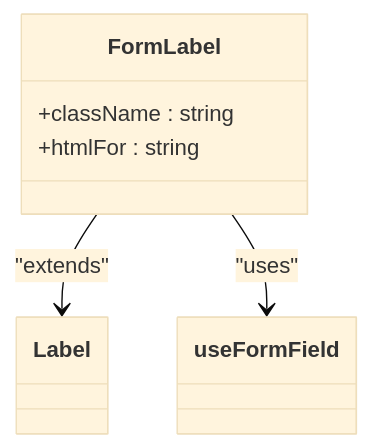
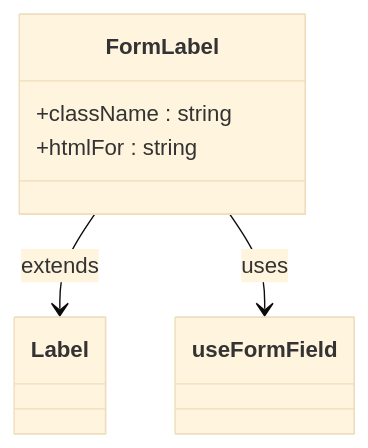
The fifth of 7 diagrams in .qoder/repowiki/en/content/Component Reference/UI Component Library/Form Component.md (mohjak/sc-dof), drawn with Mermaid (base theme) before and after one commit. The commit also changed other lines of this file and 68 other files, not shown here.

First line of the commit message:
docs(docs): update component architecture docs with markdown formatting fixes

````diff
--- a/.qoder/repowiki/en/content/Component Reference/UI Component Library/Form Component.md
+++ b/.qoder/repowiki/en/content/Component Reference/UI Component Library/Form Component.md
@@ -132,9 +130,9 @@
 ```mermaid
 classDiagram
 class FormLabel {
 +className : string
 +htmlFor : string
 }
-FormLabel --> Label : "extends"
-FormLabel --> useFormField : "uses"
+FormLabel --> Label : extends
+FormLabel --> useFormField : uses
 ```
````
